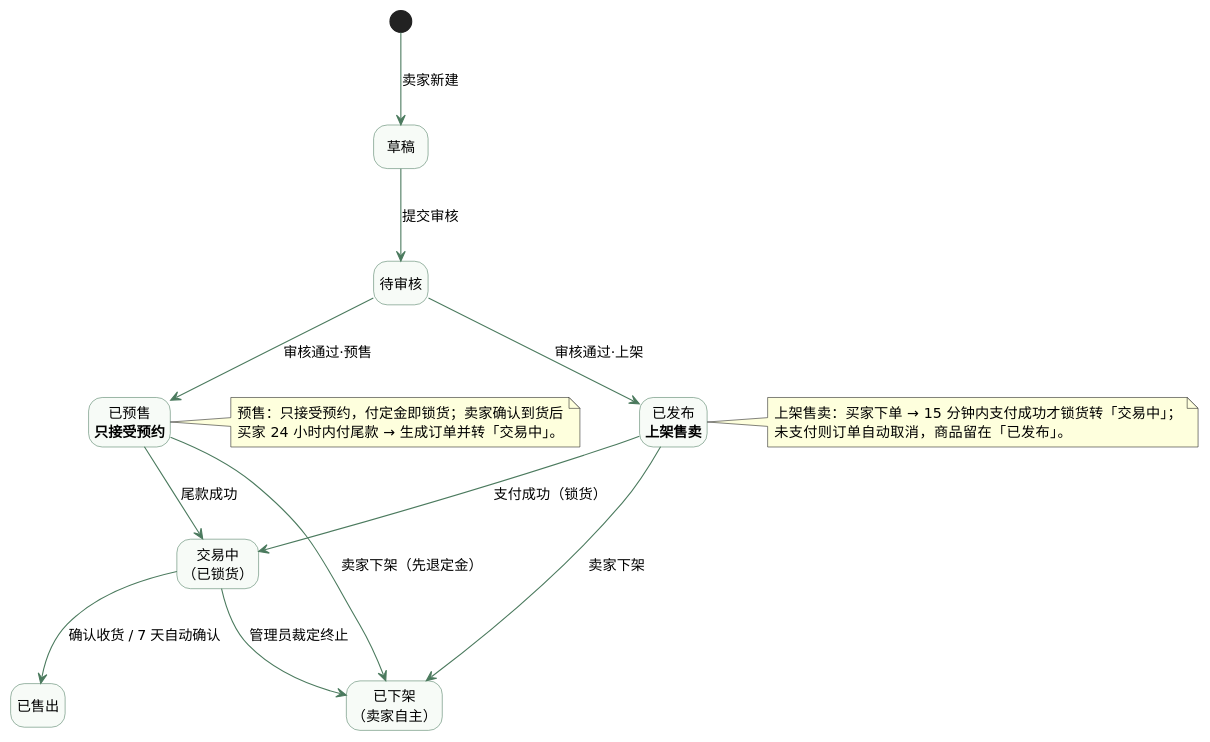
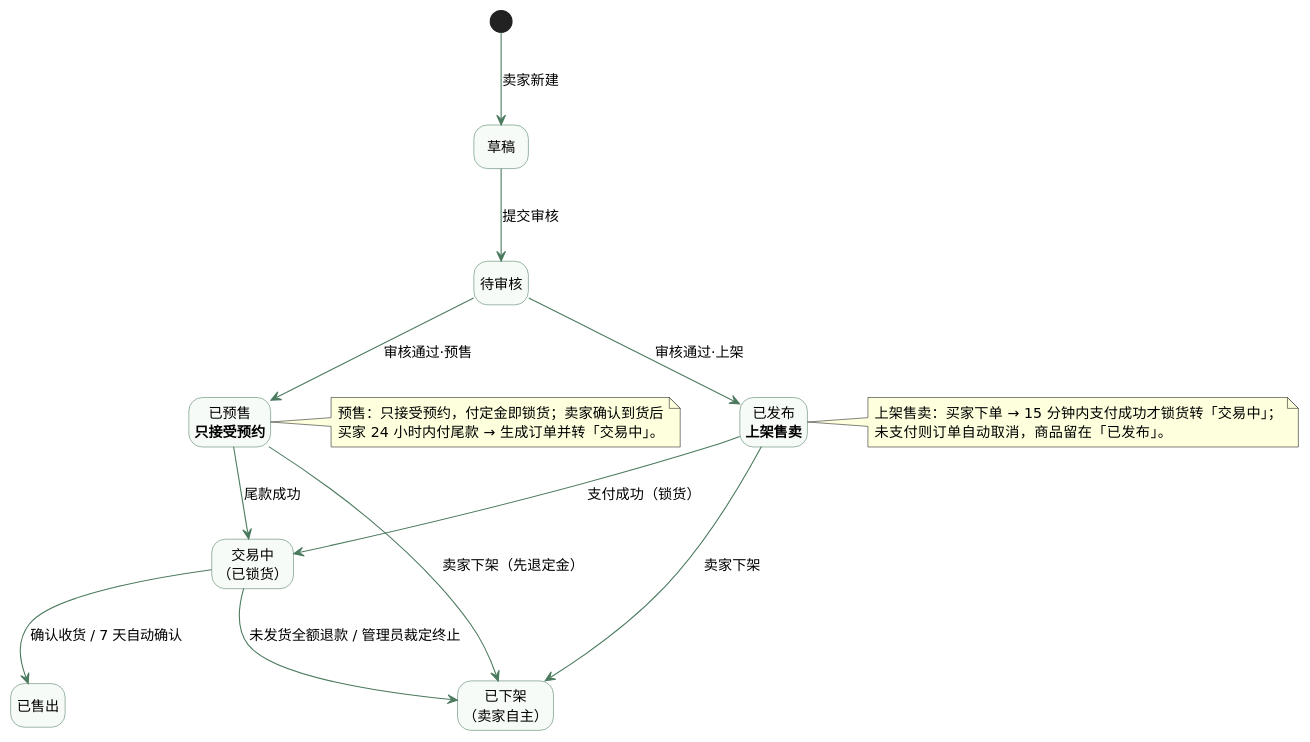
The diagram in lab02/UML/状态图.puml (XuHR233/SE-lab1-requirements), drawn with PlantUML before and after one commit. The commit also changed 1 other file, not shown here.

Commit message:
状态图：交易中→已下架补上「未发货全额退款」触发（REQ-016，原只标管理员裁定终止）

```diff
--- a/lab02/UML/状态图.puml
+++ b/lab02/UML/状态图.puml
@@ -1,51 +1,51 @@
 @startuml
 ' 实验二 · 二手交易系统 · 状态图（一）成交主线：草稿 → 审核 → 上架/预售 两支 → 交易中 → 售出 / 下架
 ' 本图 9 条 + 状态图2 11 条 = REQ-010 允许的 20 条转换（不重复、不遗漏）
 ' 可见性口径（据 REQ-005「通过则进入已发布或已预售并对外可见」+ REQ-012）：对外可见只有已发布、已预售；
 ' 交易中与已售出都不进搜索结果与列表，仅订单双方可从订单进入详情，他人与游客返回「商品不存在或已下架」。
 skinparam defaultFontName "Microsoft YaHei"
 skinparam defaultFontSize 13
 skinparam shadowing false
 skinparam nodesep 55
 skinparam ranksep 65
 skinparam ArrowColor #4B7A5E
 skinparam state {
   BackgroundColor #F7FBF7
   BorderColor #4B7A5E
   FontSize 13
 }
 hide empty description
 
 state "草稿" as S1
 state "待审核" as S2
 state "已发布\n<b>上架售卖</b>" as S4
 state "已预售\n<b>只接受预约</b>" as S5
 state "交易中\n（已锁货）" as S6
 state "已售出" as S7
 state "已下架\n（卖家自主）" as S8
 
 [*] --> S1 : 卖家新建
 S1 --> S2 : 提交审核
 S2 --> S4 : 审核通过·上架
 S2 --> S5 : 审核通过·预售
 
 S4 --> S6 : 支付成功（锁货）
 S5 --> S6 : 尾款成功
 S6 --> S7 : 确认收货 / 7 天自动确认
 
 S4 --> S8 : 卖家下架
 S5 --> S8 : 卖家下架（先退定金）
-S6 --> S8 : 管理员裁定终止
+S6 --> S8 : 未发货全额退款 / 管理员裁定终止
 
 
 note right of S4
   上架售卖：买家下单 → 15 分钟内支付成功才锁货转「交易中」；
   未支付则订单自动取消，商品留在「已发布」。
 end note
 
 note right of S5
   预售：只接受预约，付定金即锁货；卖家确认到货后
   买家 24 小时内付尾款 → 生成订单并转「交易中」。
 end note
 
 @enduml
```
